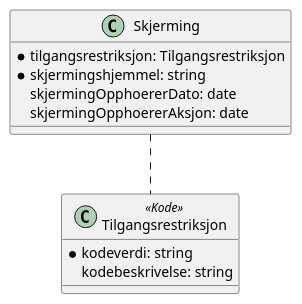
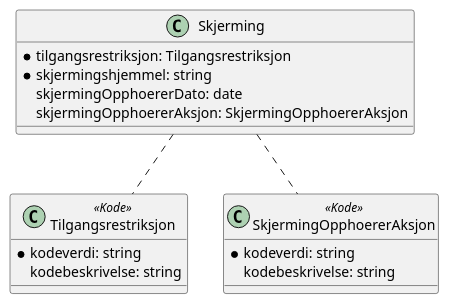
One commit to ks-no/fiks-saksfaser-specification changed the diagram in Dokumentasjon/V1/ClassDiagrams/no.ks.fiks.saksfaser.v1.felles.skjerming/classdiagram.pu. Above: the diagram before and after it, drawn with PlantUML. The commit also changed 29 other files, not shown here.

```diff
--- a/Dokumentasjon/V1/ClassDiagrams/no.ks.fiks.saksfaser.v1.felles.skjerming/classdiagram.pu
+++ b/Dokumentasjon/V1/ClassDiagrams/no.ks.fiks.saksfaser.v1.felles.skjerming/classdiagram.pu
@@ -1,17 +1,23 @@
 @startuml
 
 class Skjerming {
     *tilgangsrestriksjon: Tilgangsrestriksjon
     *skjermingshjemmel: string
     skjermingOpphoererDato: date
-    skjermingOpphoererAksjon: date
+    skjermingOpphoererAksjon: SkjermingOpphoererAksjon
 }
 
 Skjerming .. Tilgangsrestriksjon
+Skjerming .. SkjermingOpphoererAksjon
 
 class Tilgangsrestriksjon <<Kode>> {
     *kodeverdi: string
     kodebeskrivelse: string
 }
 
+class SkjermingOpphoererAksjon <<Kode>> {
+    *kodeverdi: string
+    kodebeskrivelse: string
+}
+
 @enduml
```
